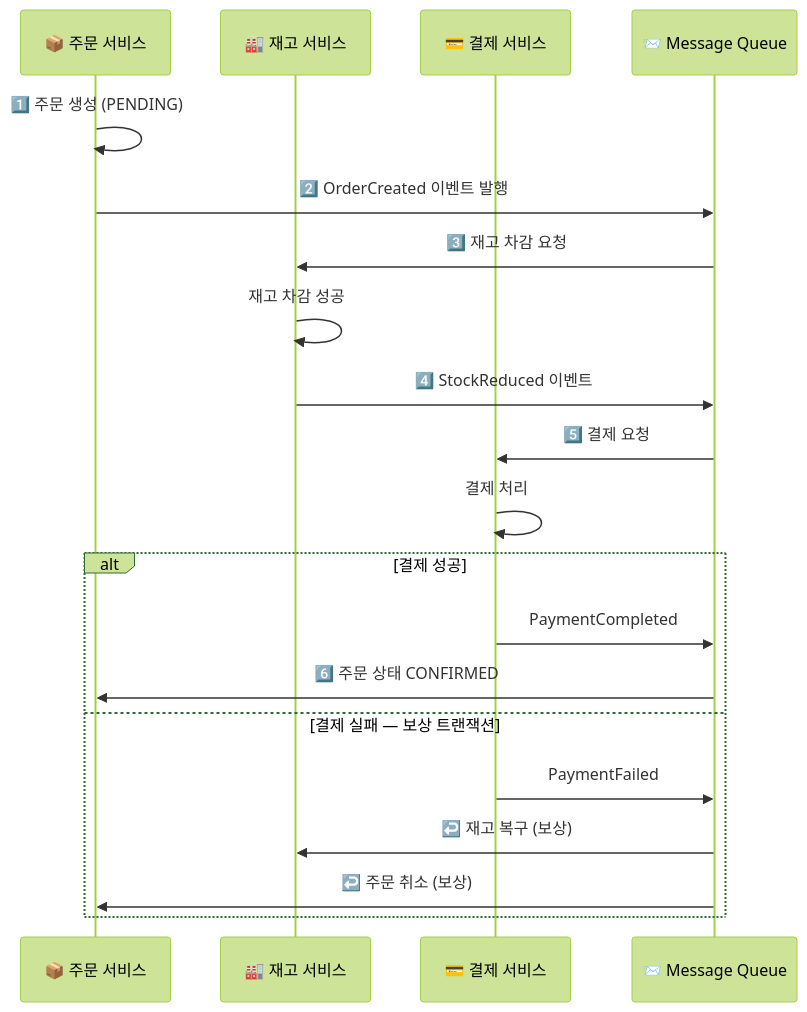
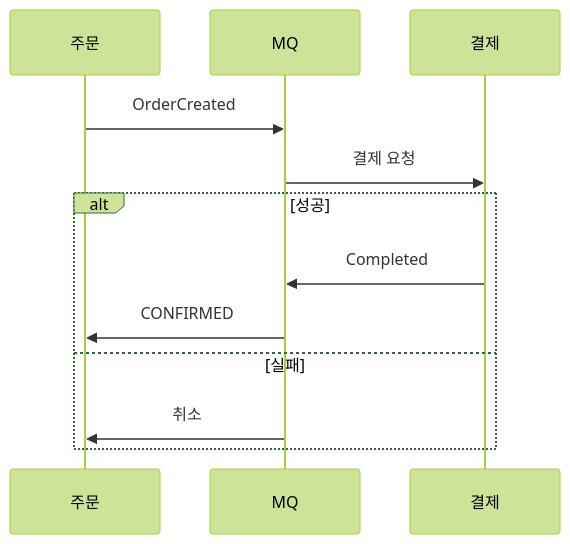
The tenth of 11 diagrams in _posts/spring/2026-05-02-spring-db-1.md (yjkim2015/yjkim2015.github.io), drawn with Mermaid (forest theme) before and after one commit. The commit also changed other lines of this file and 215 other files, not shown here.

First line of the commit message:
신규 포스트 10개 추가 + Mermaid 전면 축소 + SystemDesign 시리즈 보강

````diff
--- a/_posts/spring/2026-05-02-spring-db-1.md
+++ b/_posts/spring/2026-05-02-spring-db-1.md
@@ -681,24 +569,14 @@
 ```mermaid
 sequenceDiagram
-    participant OS as 📦 주문 서비스
-    participant IS as 🏭 재고 서비스
-    participant PS as 💳 결제 서비스
-    participant MQ as 📨 Message Queue
-
-    OS->>OS: 1️⃣ 주문 생성 (PENDING)
-    OS->>MQ: 2️⃣ OrderCreated 이벤트 발행
-    MQ->>IS: 3️⃣ 재고 차감 요청
-    IS->>IS: 재고 차감 성공
-    IS->>MQ: 4️⃣ StockReduced 이벤트
-    MQ->>PS: 5️⃣ 결제 요청
-    PS->>PS: 결제 처리
-
-    alt 결제 성공
-        PS->>MQ: PaymentCompleted
-        MQ->>OS: 6️⃣ 주문 상태 CONFIRMED
-    else 결제 실패 — 보상 트랜잭션
-        PS->>MQ: PaymentFailed
-        MQ->>IS: ↩️ 재고 복구 (보상)
-        MQ->>OS: ↩️ 주문 취소 (보상)
+    participant OS as 주문
+    participant MQ
+    participant PS as 결제
+    OS->>MQ: OrderCreated
+    MQ->>PS: 결제 요청
+    alt 성공
+        PS->>MQ: Completed
+        MQ->>OS: CONFIRMED
+    else 실패
+        MQ->>OS: 취소
     end
 ```
````
